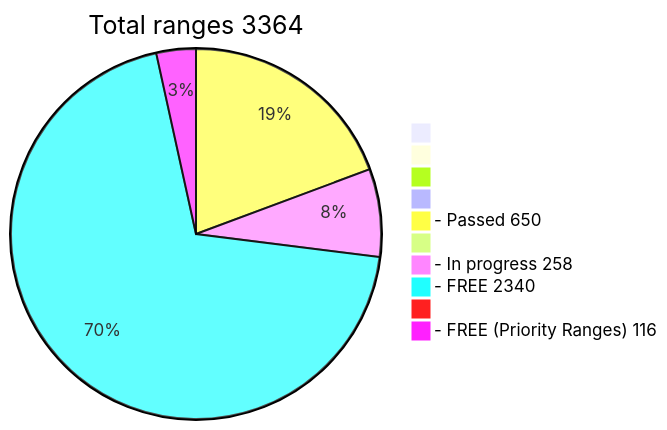
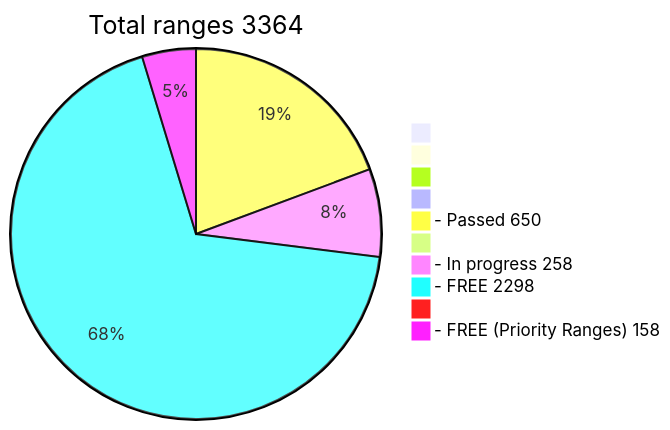
The diagram in README.md (phrutis/wif500), drawn with Mermaid before and after one commit.

````diff
--- a/README.md
+++ b/README.md
@@ -16,13 +16,13 @@
 ```mermaid
 pie title Total ranges 3364
              " " : 0
             "  " : 0
            "   " : 0
           "    " : 0
   "- Passed 650" : 650
          "     " : 0
   "- In progress 258" : 258
-   "- FREE 2340" : 2340
+   "- FREE 2298" : 2298
         "      " : 0
-  "- FREE (Priority Ranges) 116" : 116
+  "- FREE (Priority Ranges) 158" : 158
 ```
````
